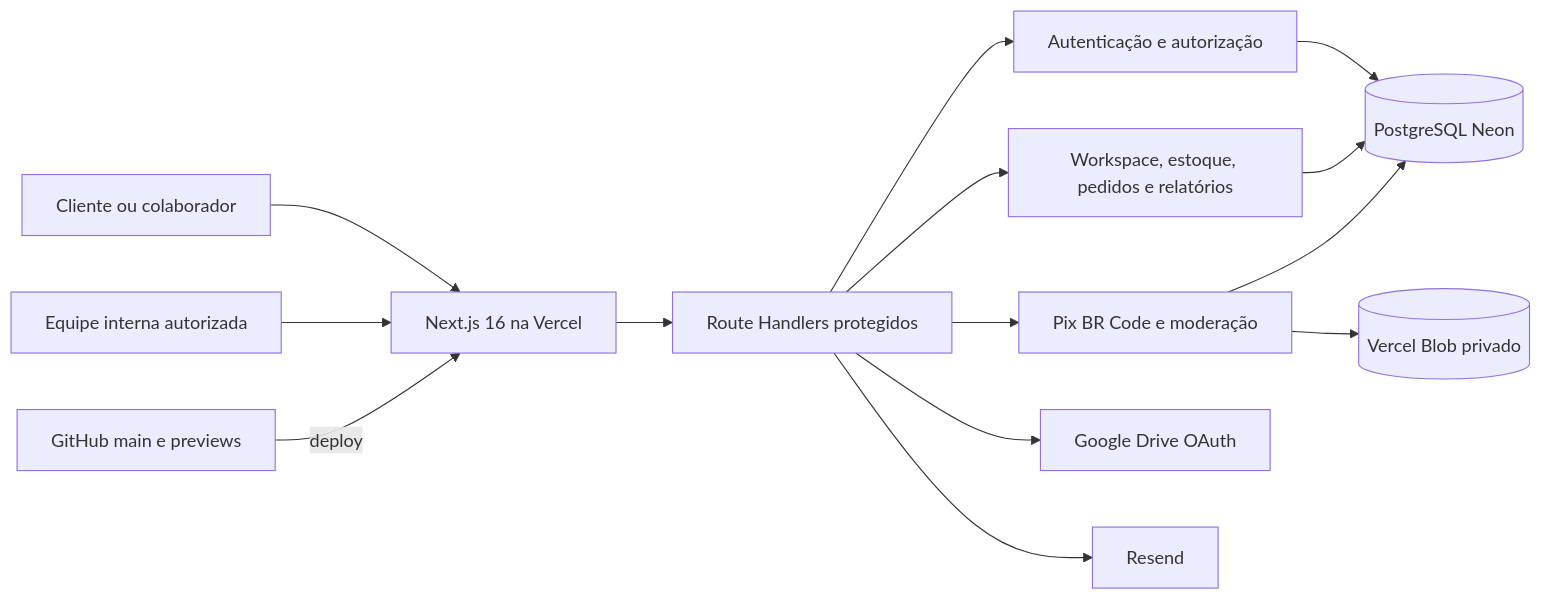
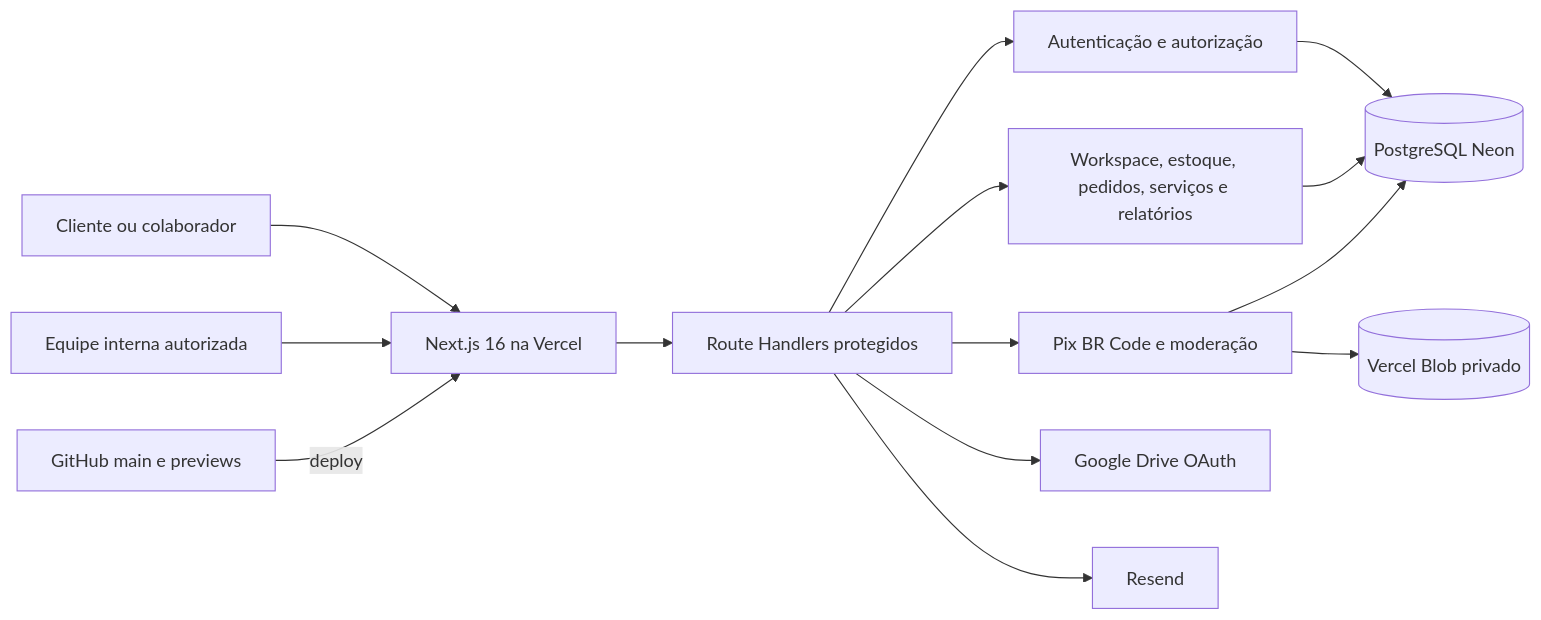
The diagram in README.md (rennercand/CandTech), drawn with Mermaid before and after one commit. The commit also changed other lines of this file and 15 other files, not shown here.

````diff
--- a/README.md
+++ b/README.md
@@ -74,16 +76,16 @@
 ```mermaid
 flowchart LR
   USER[Cliente ou colaborador] --> WEB[Next.js 16 na Vercel]
   STAFF[Equipe interna autorizada] --> WEB
   GITHUB[GitHub main e previews] -->|deploy| WEB
   WEB --> API[Route Handlers protegidos]
   API --> AUTH[Autenticação e autorização]
-  API --> ERP[Workspace, estoque, pedidos e relatórios]
+  API --> ERP[Workspace, estoque, pedidos, serviços e relatórios]
   API --> PIX[Pix BR Code e moderação]
   AUTH --> NEON[(PostgreSQL Neon)]
   ERP --> NEON
   PIX --> NEON
   PIX --> BLOB[(Vercel Blob privado)]
   API --> DRIVE[Google Drive OAuth]
   API --> EMAIL[Resend]
 ```
````
